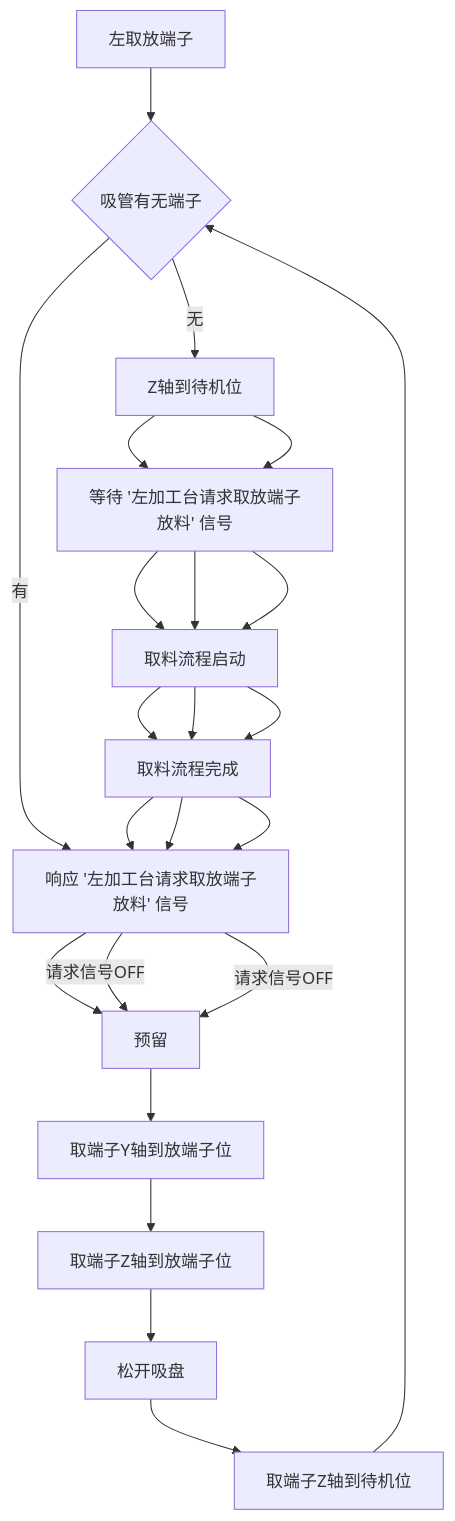
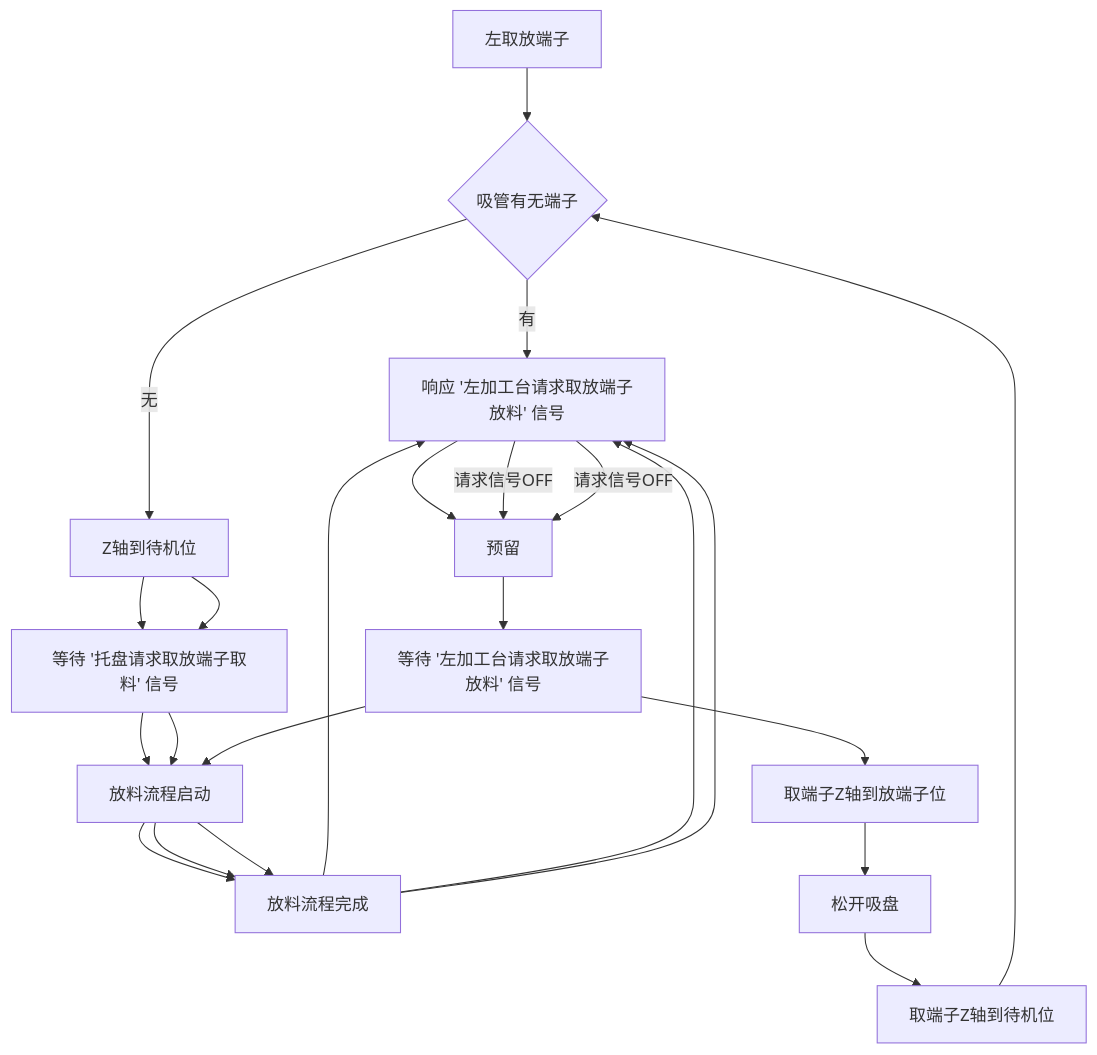
The diagram in all/VR-OP90左取放端子.md (zmq000/iodraw-files), drawn with Mermaid before and after one commit.

Commit message:
2026-06-18 11:30:54 update

````diff
--- a/all/VR-OP90左取放端子.md
+++ b/all/VR-OP90左取放端子.md
@@ -1,26 +1,26 @@
 ```mermaid
 graph TD
 0[左取放端子]-->10
 10{吸管有无端子}-->|有|60
 10-->|无|20
 20[取端子Y轴到取端子位]-->30
 30[托盘X轴到取端子位]-->40
 40[取端子Z轴到取端子位]-->50
 50[启动吸盘]-->60
 60[取端子Z轴到待机位]-->70
 70[预留]-->80
 80[取端子Y轴到放端子位]-->90
 90[取端子Z轴到放端子位]-->100
 100[松开吸盘]-->110
 110[取端子Z轴到待机位]-->10
 
 20[Z轴到待机位]-->30
 30[等待 '托盘请求取放端子取料' 信号]-->40
 40[取料流程启动]-->50
 50[取料流程完成]-->60
 60[响应 '托盘请求取放端子取料' 信号]-->|请求信号OFF|70
-30[等待 '左加工台请求取放端子放料' 信号]-->40
-40[取料流程启动]-->50
-50[取料流程完成]-->60
+80[等待 '左加工台请求取放端子放料' 信号]-->40
+40[放料流程启动]-->50
+50[放料流程完成]-->60
 60[响应 '左加工台请求取放端子放料' 信号]-->|请求信号OFF|70
 ```
````
